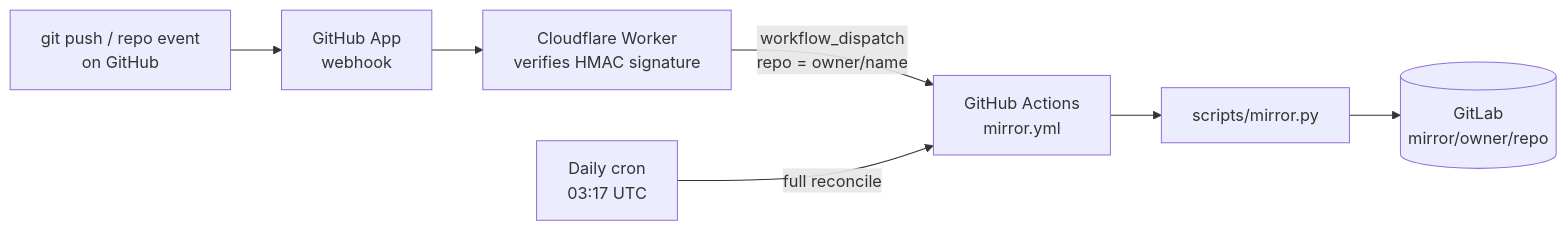
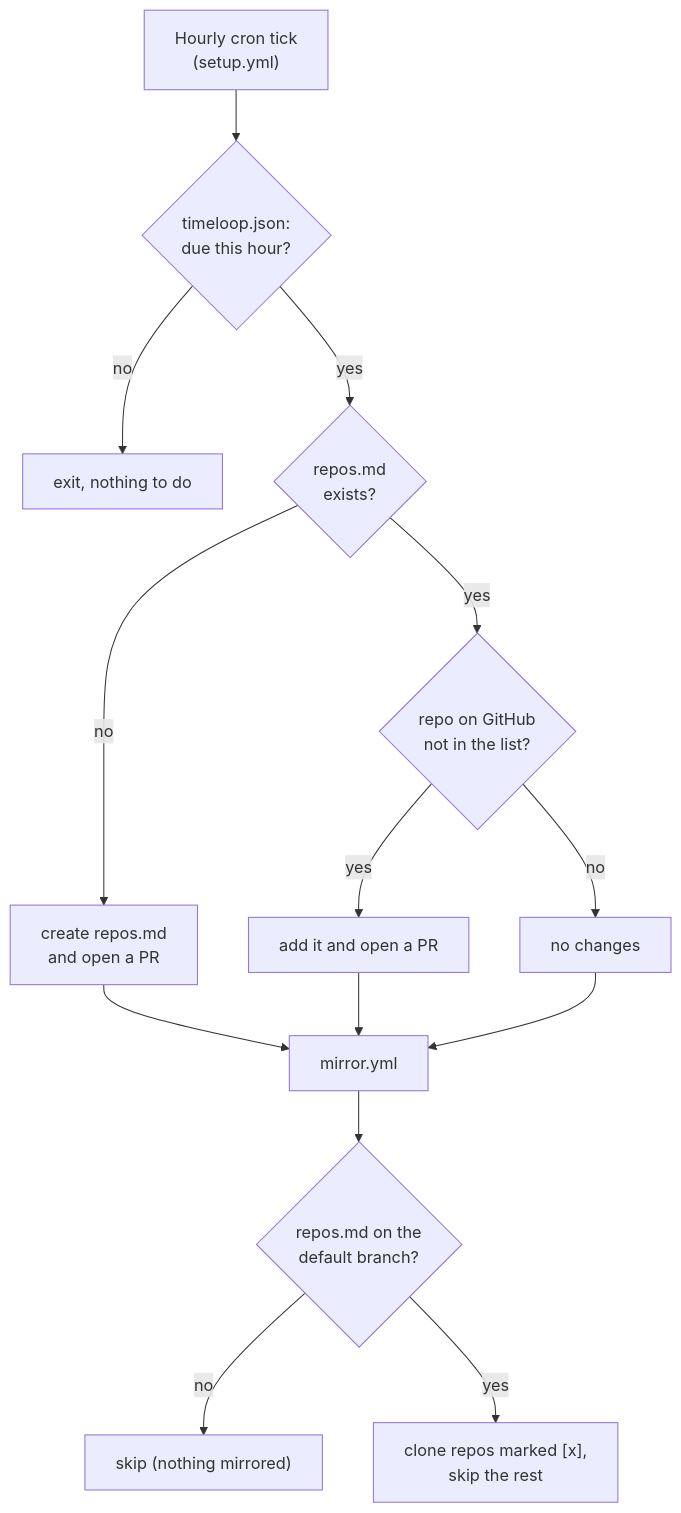
Before and after one commit to bhawan-kavinda/Mirror-Repo: the diagram in README.md, drawn with Mermaid. The commit also changed other lines of this file and 12 other files, not shown here.

First line of the commit message:
sync: 28 new commit(s) from mirror-hub @ 03925be

````diff
--- a/README.md
+++ b/README.md
@@ -65,9 +64,16 @@
 ```mermaid
-flowchart LR
-    A["git push / repo event<br/>on GitHub"] --> B["GitHub App<br/>webhook"]
-    B --> C["Cloudflare Worker<br/>verifies HMAC signature"]
-    C -->|"workflow_dispatch<br/>repo = owner/name"| D["GitHub Actions<br/>mirror.yml"]
-    X["Daily cron<br/>03:17 UTC"] -->|"full reconcile"| D
-    D --> E["scripts/mirror.py"]
-    E --> F[("GitLab<br/>mirror/owner/repo")]
+flowchart TD
+    T["Hourly cron tick<br/>(setup.yml)"] --> G{"timeloop.json:<br/>due this hour?"}
+    G -->|"no"| Z["exit, nothing to do"]
+    G -->|"yes"| E{"repos.md<br/>exists?"}
+    E -->|"no"| C["create repos.md<br/>and open a PR"]
+    E -->|"yes"| N{"repo on GitHub<br/>not in the list?"}
+    N -->|"yes"| P["add it and open a PR"]
+    N -->|"no"| K["no changes"]
+    C --> M["mirror.yml"]
+    P --> M
+    K --> M
+    M --> R{"repos.md on the<br/>default branch?"}
+    R -->|"no"| X["skip (nothing mirrored)"]
+    R -->|"yes"| F["clone repos marked [x],<br/>skip the rest"]
 ```
````
